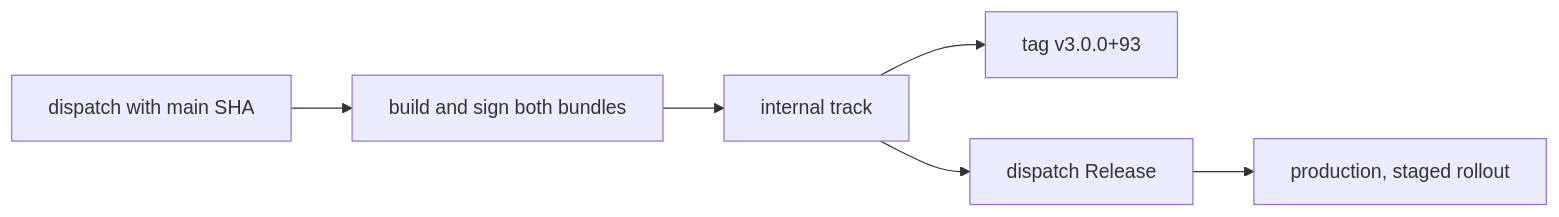
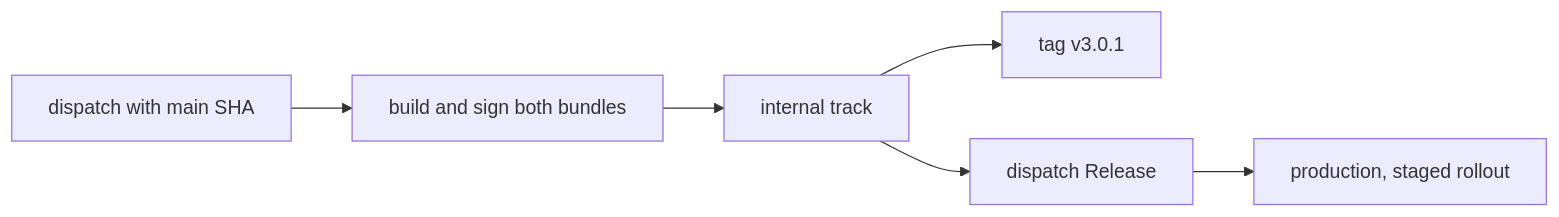
The diagram in docs/distribution.md (putdotio/putio-android), drawn with Mermaid before and after one commit. The commit also changed other lines of this file and 10 other files, not shown here.

````diff
--- a/docs/distribution.md
+++ b/docs/distribution.md
@@ -12,8 +15,8 @@
 ```mermaid
 flowchart LR
   A[dispatch with main SHA] --> B[build and sign both bundles]
   B --> C[internal track]
-  C --> D[tag v3.0.0+93]
+  C --> D[tag v3.0.1]
   C --> E[dispatch Release]
   E --> F[production, staged rollout]
 ```
````
